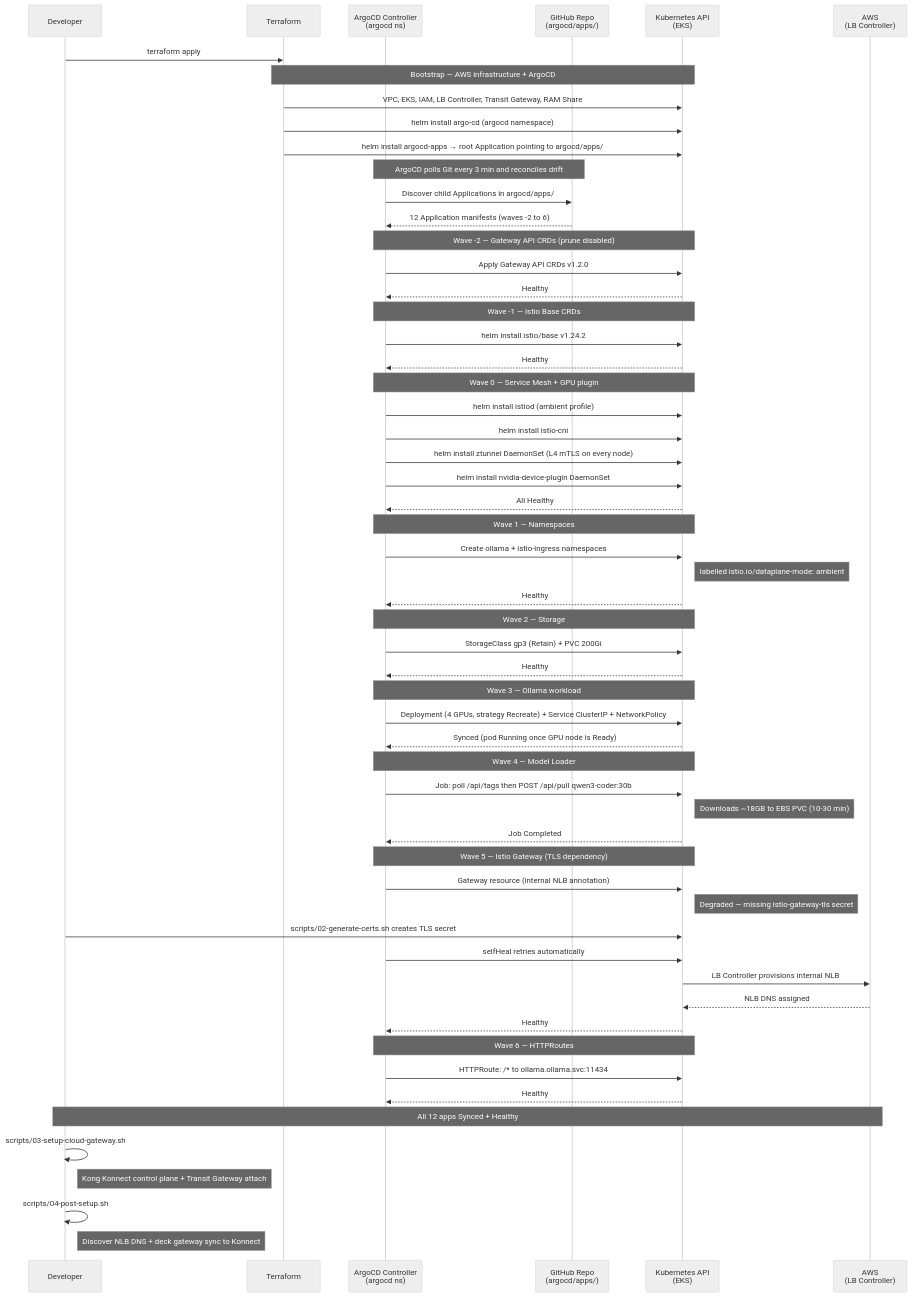
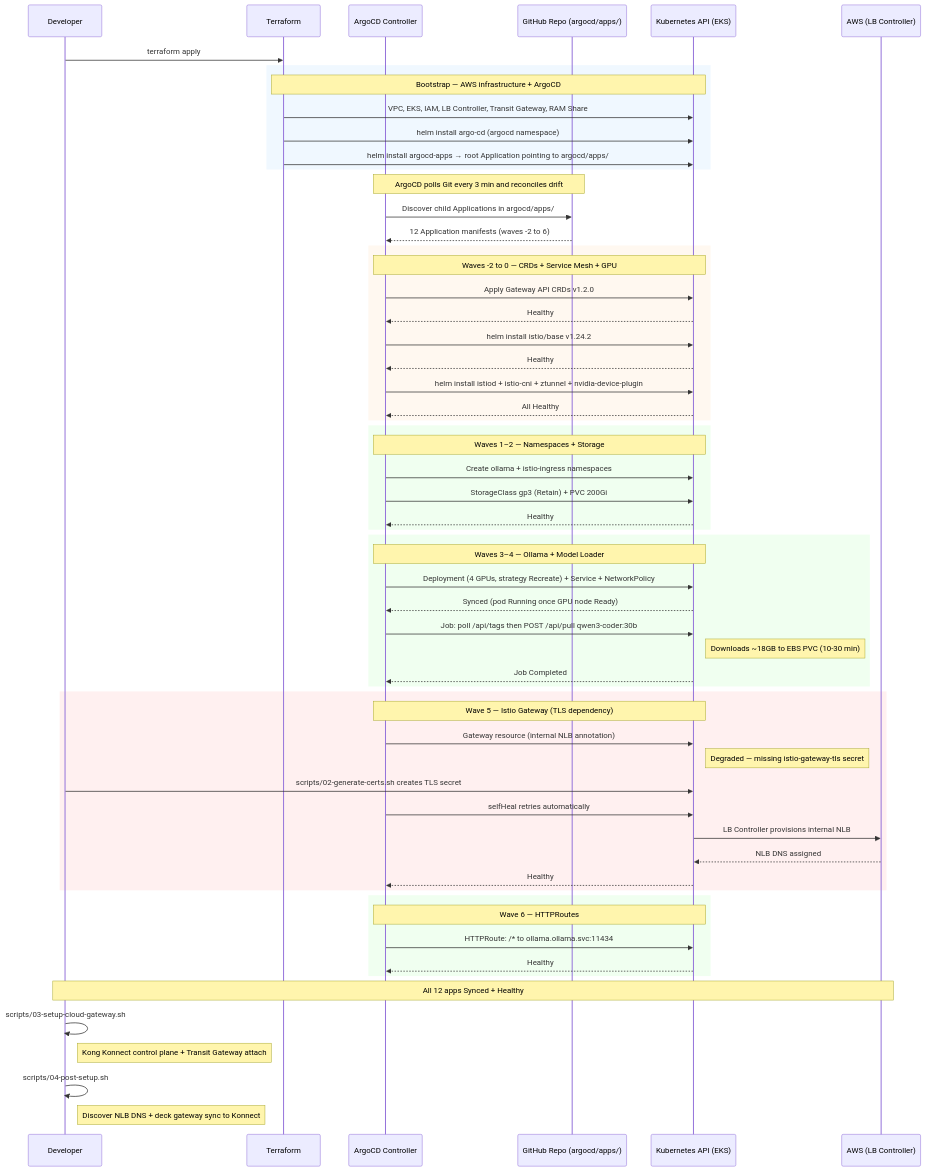
Before and after one commit to shanaka-versent/Ollama-on-EKS: the fourth of 4 diagrams in README.md, drawn with Mermaid. The commit also changed other lines of this file, not shown here.

Commit message:
docs: consolidate ArgoCD into dedicated section, match munchgo diagram style

````diff
--- a/README.md
+++ b/README.md
@@ -500,73 +526,71 @@
 ```mermaid
-%%{init: {'theme': 'neutral', 'themeVariables': {'primaryColor': '#ECECFF', 'primaryBorderColor': '#9370DB', 'lineColor': '#666', 'secondaryColor': '#ffffde'}}}%%
 sequenceDiagram
     participant Dev as Developer
     participant TF as Terraform
-    participant ARGO as ArgoCD Controller<br/>(argocd ns)
-    participant GIT as GitHub Repo<br/>(argocd/apps/)
-    participant K8S as Kubernetes API<br/>(EKS)
-    participant AWS as AWS<br/>(LB Controller)
+    participant ARGO as ArgoCD Controller
+    participant GIT as GitHub Repo (argocd/apps/)
+    participant K8S as Kubernetes API (EKS)
+    participant AWS as AWS (LB Controller)
 
     Dev->>TF: terraform apply
 
-    Note over TF,K8S: Bootstrap — AWS infrastructure + ArgoCD
-    TF->>K8S: VPC, EKS, IAM, LB Controller, Transit Gateway, RAM Share
-    TF->>K8S: helm install argo-cd (argocd namespace)
-    TF->>K8S: helm install argocd-apps → root Application pointing to argocd/apps/
+    rect rgb(240, 248, 255)
+        Note over TF,K8S: Bootstrap — AWS infrastructure + ArgoCD
+        TF->>K8S: VPC, EKS, IAM, LB Controller, Transit Gateway, RAM Share
+        TF->>K8S: helm install argo-cd (argocd namespace)
+        TF->>K8S: helm install argocd-apps → root Application pointing to argocd/apps/
+    end
 
     Note over ARGO,GIT: ArgoCD polls Git every 3 min and reconciles drift
     ARGO->>GIT: Discover child Applications in argocd/apps/
     GIT-->>ARGO: 12 Application manifests (waves -2 to 6)
 
-    Note over ARGO,K8S: Wave -2 — Gateway API CRDs (prune disabled)
-    ARGO->>K8S: Apply Gateway API CRDs v1.2.0
-    K8S-->>ARGO: Healthy
+    rect rgb(255, 248, 240)
+        Note over ARGO,K8S: Waves -2 to 0 — CRDs + Service Mesh + GPU
+        ARGO->>K8S: Apply Gateway API CRDs v1.2.0
+        K8S-->>ARGO: Healthy
+        ARGO->>K8S: helm install istio/base v1.24.2
+        K8S-->>ARGO: Healthy
+        ARGO->>K8S: helm install istiod + istio-cni + ztunnel + nvidia-device-plugin
+        K8S-->>ARGO: All Healthy
+    end
 
-    Note over ARGO,K8S: Wave -1 — Istio Base CRDs
-    ARGO->>K8S: helm install istio/base v1.24.2
-    K8S-->>ARGO: Healthy
+    rect rgb(240, 255, 240)
+        Note over ARGO,K8S: Waves 1–2 — Namespaces + Storage
+        ARGO->>K8S: Create ollama + istio-ingress namespaces
+        ARGO->>K8S: StorageClass gp3 (Retain) + PVC 200Gi
+        K8S-->>ARGO: Healthy
+    end
 
-    Note over ARGO,K8S: Wave 0 — Service Mesh + GPU plugin
-    ARGO->>K8S: helm install istiod (ambient profile)
-    ARGO->>K8S: helm install istio-cni
-    ARGO->>K8S: helm install ztunnel DaemonSet (L4 mTLS on every node)
-    ARGO->>K8S: helm install nvidia-device-plugin DaemonSet
-    K8S-->>ARGO: All Healthy
+    rect rgb(240, 255, 240)
+        Note over ARGO,K8S: Waves 3–4 — Ollama + Model Loader
+        ARGO->>K8S: Deployment (4 GPUs, strategy Recreate) + Service + NetworkPolicy
+        K8S-->>ARGO: Synced (pod Running once GPU node Ready)
+        ARGO->>K8S: Job: poll /api/tags then POST /api/pull qwen3-coder:30b
+        Note right of K8S: Downloads ~18GB to EBS PVC (10-30 min)
+        K8S-->>ARGO: Job Completed
+    end
 
-    Note over ARGO,K8S: Wave 1 — Namespaces
-    ARGO->>K8S: Create ollama + istio-ingress namespaces
-    Note right of K8S: labelled istio.io/dataplane-mode: ambient
-    K8S-->>ARGO: Healthy
+    rect rgb(255, 240, 240)
+        Note over ARGO,K8S: Wave 5 — Istio Gateway (TLS dependency)
+        ARGO->>K8S: Gateway resource (internal NLB annotation)
+        Note right of K8S: Degraded — missing istio-gateway-tls secret
+        Dev->>K8S: scripts/02-generate-certs.sh creates TLS secret
+        ARGO->>K8S: selfHeal retries automatically
+        K8S->>AWS: LB Controller provisions internal NLB
+        AWS-->>K8S: NLB DNS assigned
+        K8S-->>ARGO: Healthy
+    end
 
-    Note over ARGO,K8S: Wave 2 — Storage
-    ARGO->>K8S: StorageClass gp3 (Retain) + PVC 200Gi
-    K8S-->>ARGO: Healthy
-
-    Note over ARGO,K8S: Wave 3 — Ollama workload
-    ARGO->>K8S: Deployment (4 GPUs, strategy Recreate) + Service ClusterIP + NetworkPolicy
-    K8S-->>ARGO: Synced (pod Running once GPU node is Ready)
-
-    Note over ARGO,K8S: Wave 4 — Model Loader
-    ARGO->>K8S: Job: poll /api/tags then POST /api/pull qwen3-coder:30b
-    Note right of K8S: Downloads ~18GB to EBS PVC (10-30 min)
-    K8S-->>ARGO: Job Completed
-
-    Note over ARGO,K8S: Wave 5 — Istio Gateway (TLS dependency)
-    ARGO->>K8S: Gateway resource (internal NLB annotation)
-    Note right of K8S: Degraded — missing istio-gateway-tls secret
-    Dev->>K8S: scripts/02-generate-certs.sh creates TLS secret
-    ARGO->>K8S: selfHeal retries automatically
-    K8S->>AWS: LB Controller provisions internal NLB
-    AWS-->>K8S: NLB DNS assigned
-    K8S-->>ARGO: Healthy
-
-    Note over ARGO,K8S: Wave 6 — HTTPRoutes
-    ARGO->>K8S: HTTPRoute: /* to ollama.ollama.svc:11434
-    K8S-->>ARGO: Healthy
+    rect rgb(240, 255, 240)
+        Note over ARGO,K8S: Wave 6 — HTTPRoutes
+        ARGO->>K8S: HTTPRoute: /* to ollama.ollama.svc:11434
+        K8S-->>ARGO: Healthy
+    end
 
     Note over Dev,AWS: All 12 apps Synced + Healthy
     Dev->>Dev: scripts/03-setup-cloud-gateway.sh
     Note right of Dev: Kong Konnect control plane + Transit Gateway attach
     Dev->>Dev: scripts/04-post-setup.sh
     Note right of Dev: Discover NLB DNS + deck gateway sync to Konnect
 ```
````
